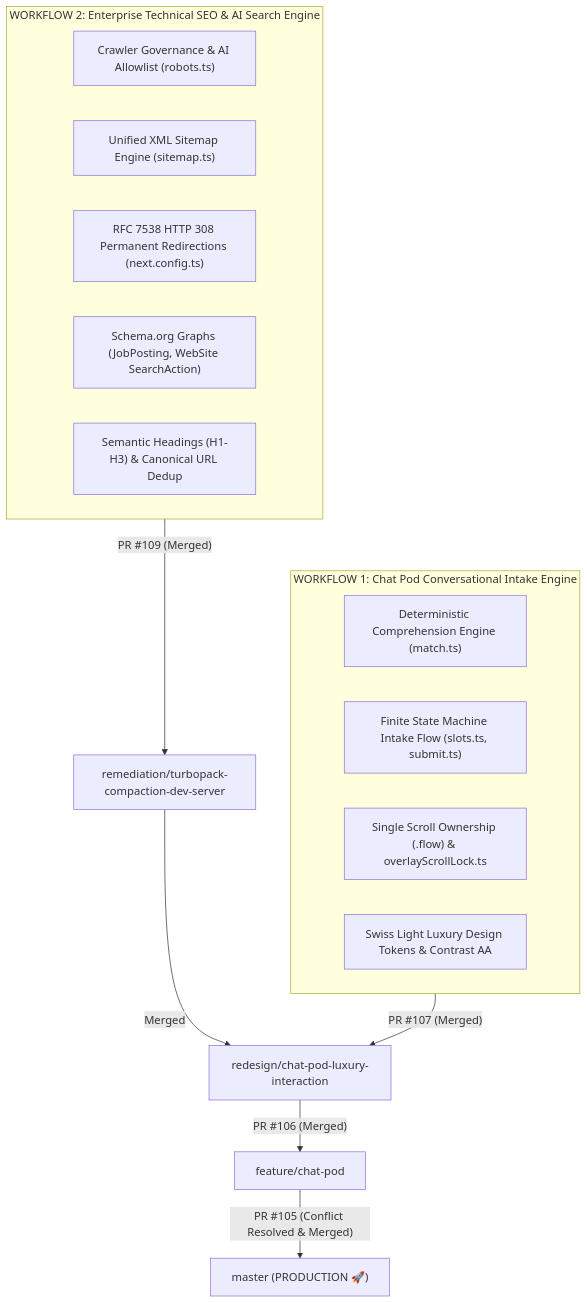
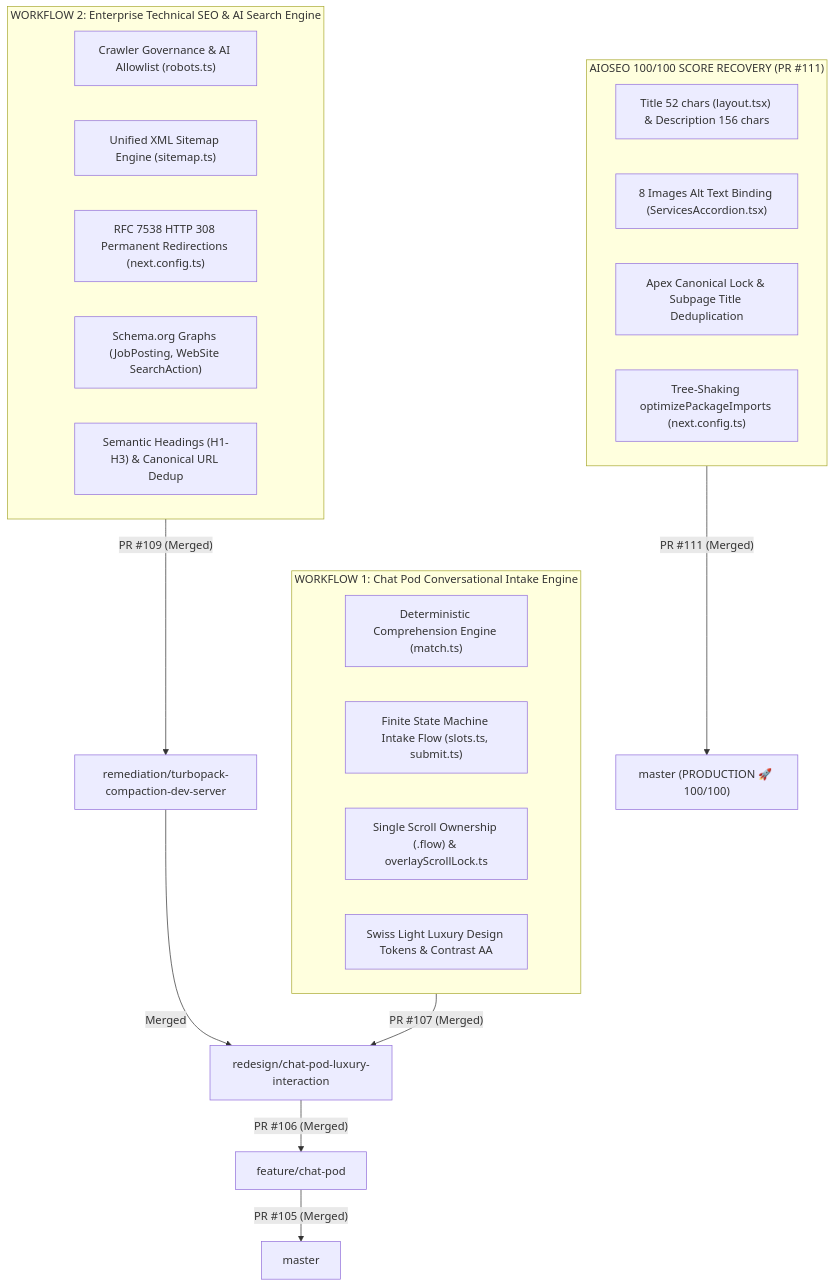
Before and after one commit to Fenar7/marca_ubi_web_hosting: the diagram in docs/context/context.md, drawn with Mermaid. The commit also changed other lines of this file and 1 other file, not shown here.

Commit message:
docs: Update context register for PR #111 AIOSEO score recovery release

````diff
--- a/docs/context/context.md
+++ b/docs/context/context.md
@@ -38,23 +41,31 @@
 ```mermaid
 graph TD
+    subgraph W3["AIOSEO 100/100 SCORE RECOVERY (PR #111)"]
+        C1["Title 52 chars (layout.tsx) & Description 156 chars"]
+        C2["8 Images Alt Text Binding (ServicesAccordion.tsx)"]
+        C3["Apex Canonical Lock & Subpage Title Deduplication"]
+        C4["Tree-Shaking optimizePackageImports (next.config.ts)"]
+    end
+
     subgraph W2["WORKFLOW 2: Enterprise Technical SEO & AI Search Engine"]
         A1["Crawler Governance & AI Allowlist (robots.ts)"]
         A2["Unified XML Sitemap Engine (sitemap.ts)"]
         A3["RFC 7538 HTTP 308 Permanent Redirections (next.config.ts)"]
         A4["Schema.org Graphs (JobPosting, WebSite SearchAction)"]
         A5["Semantic Headings (H1-H3) & Canonical URL Dedup"]
     end
 
     subgraph W1["WORKFLOW 1: Chat Pod Conversational Intake Engine"]
         B1["Deterministic Comprehension Engine (match.ts)"]
         B2["Finite State Machine Intake Flow (slots.ts, submit.ts)"]
         B3["Single Scroll Ownership (.flow) & overlayScrollLock.ts"]
         B4["Swiss Light Luxury Design Tokens & Contrast AA"]
     end
 
     W2 -->|"PR #109 (Merged)"| S1["remediation/turbopack-compaction-dev-server"]
     W1 -->|"PR #107 (Merged)"| S2["redesign/chat-pod-luxury-interaction"]
     S1 -->|Merged| S2
     S2 -->|"PR #106 (Merged)"| S3["feature/chat-pod"]
-    S3 -->|"PR #105 (Conflict Resolved & Merged)"| PROD["master (PRODUCTION 🚀)"]
+    S3 -->|"PR #105 (Merged)"| M1["master"]
+    W3 -->|"PR #111 (Merged)"| PROD["master (PRODUCTION 🚀 100/100)"]
 ```
````
